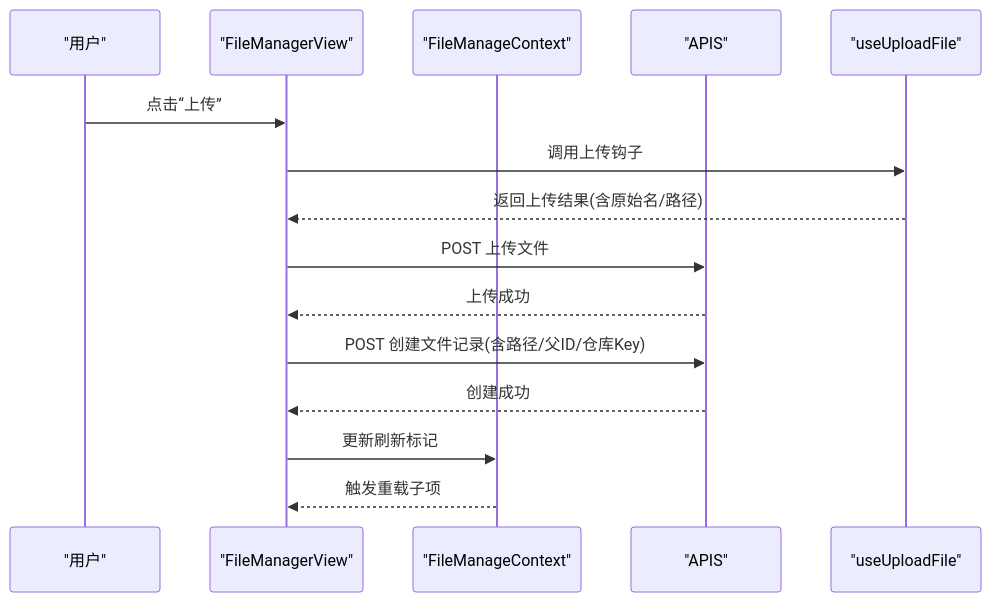
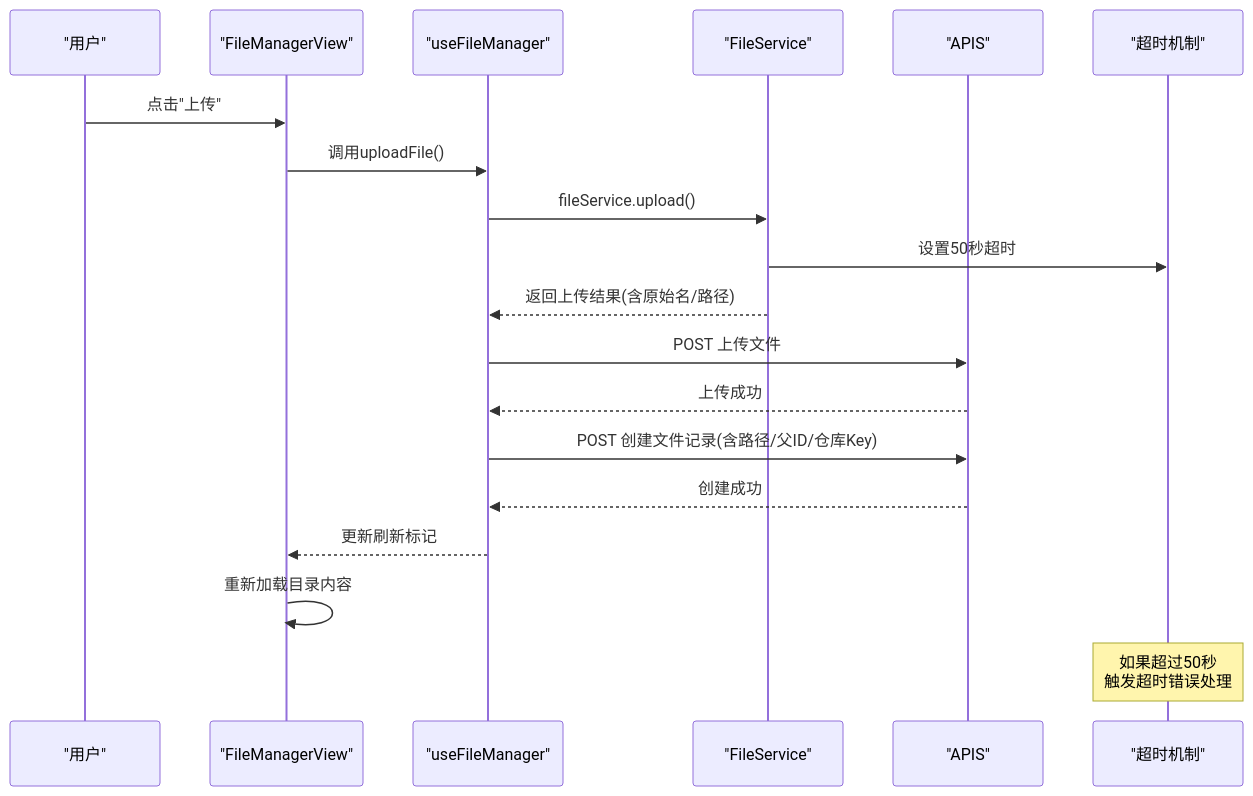
One commit to LRF0422/Kotion changed the third of 10 diagrams in .qoder/repowiki/zh/content/功能模块/文件管理插件/文件管理插件.md. Above: the diagram before and after it, drawn with Mermaid. The commit also changed other lines of this file and 75 other files, not shown here.

````diff
--- a/.qoder/repowiki/zh/content/功能模块/文件管理插件/文件管理插件.md
+++ b/.qoder/repowiki/zh/content/功能模块/文件管理插件/文件管理插件.md
@@ -178,17 +367,21 @@
 ```mermaid
 sequenceDiagram
 participant U as "用户"
 participant V as "FileManagerView"
-participant Ctx as "FileManageContext"
+participant Ctx as "useFileManager"
+participant FS as "FileService"
 participant API as "APIS"
-participant Up as "useUploadFile"
-U->>V : 点击“上传”
-V->>Up : 调用上传钩子
-Up-->>V : 返回上传结果(含原始名/路径)
-V->>API : POST 上传文件
-API-->>V : 上传成功
-V->>API : POST 创建文件记录(含路径/父ID/仓库Key)
-API-->>V : 创建成功
-V->>Ctx : 更新刷新标记
-Ctx-->>V : 触发重载子项
+participant Timeout as "超时机制"
+U->>V : 点击"上传"
+V->>Ctx : 调用uploadFile()
+Ctx->>FS : fileService.upload()
+FS->>Timeout : 设置50秒超时
+FS-->>Ctx : 返回上传结果(含原始名/路径)
+Ctx->>API : POST 上传文件
+API-->>Ctx : 上传成功
+Ctx->>API : POST 创建文件记录(含路径/父ID/仓库Key)
+API-->>Ctx : 创建成功
+Ctx-->>V : 更新刷新标记
+V->>V : 重新加载目录内容
+Note over Timeout : 如果超过50秒<br/>触发超时错误处理
 ```
````
